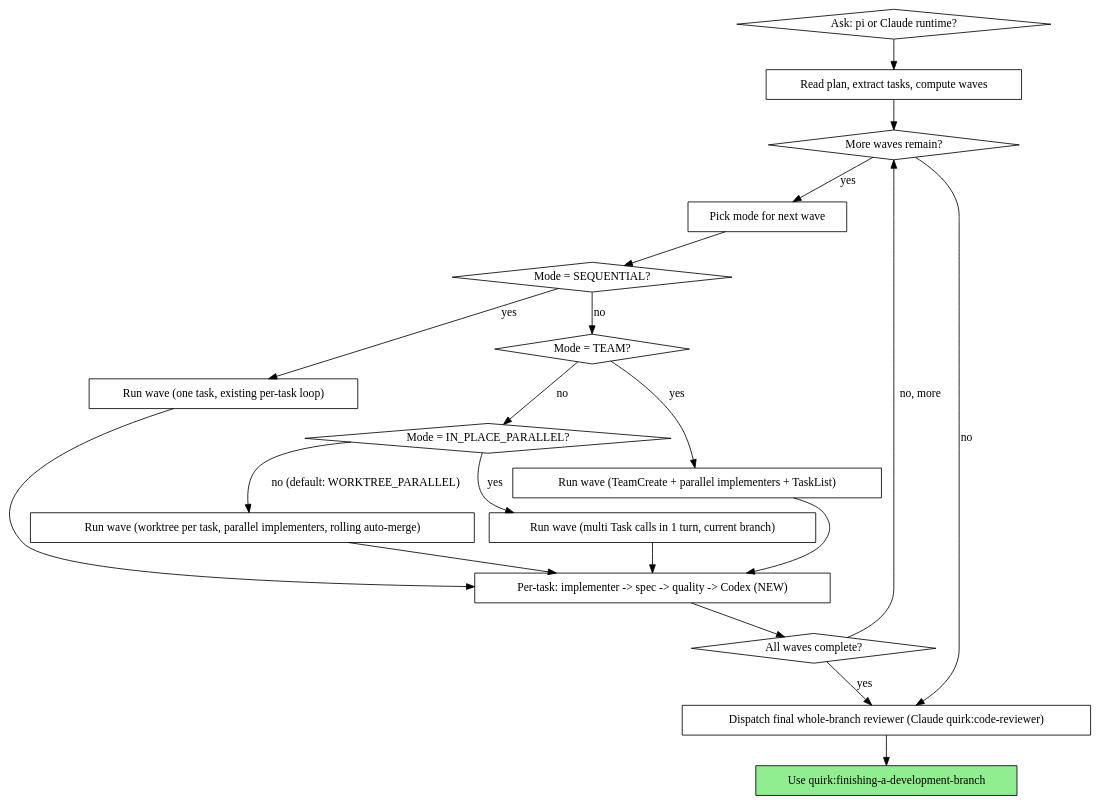
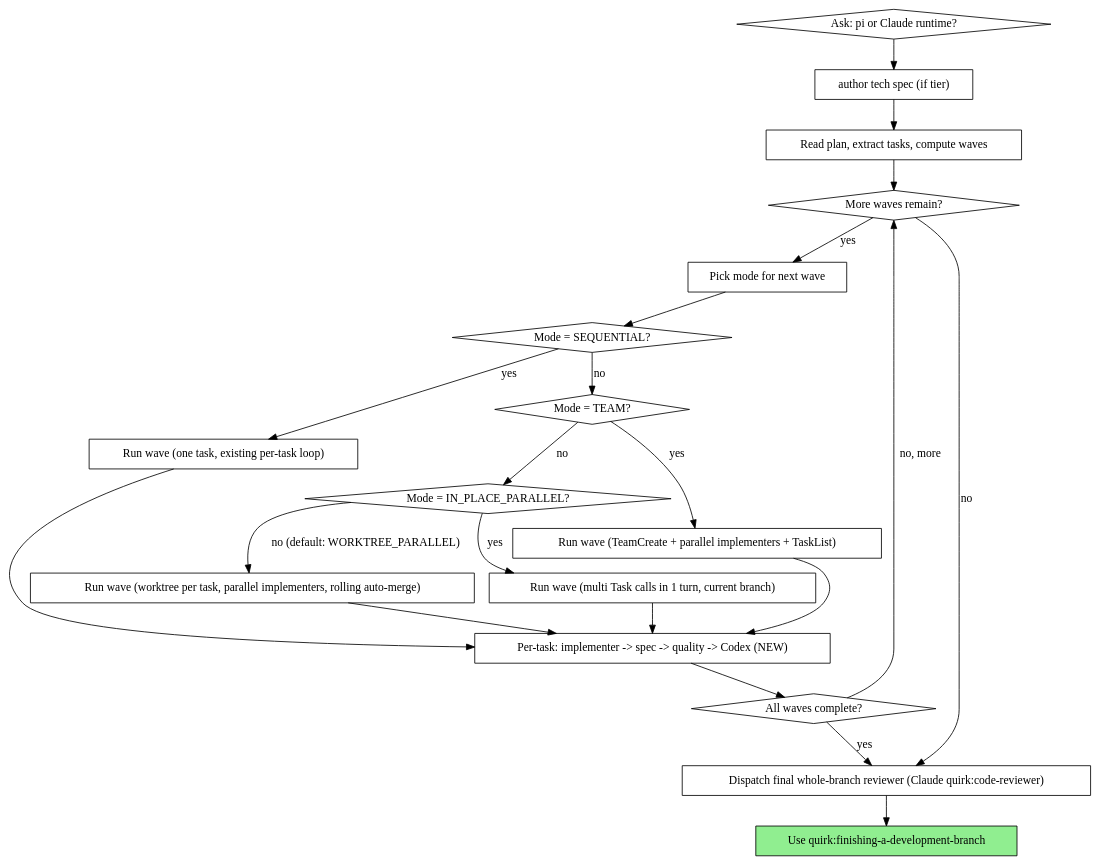
The second of 2 diagrams in skills/subagent-driven-development/SKILL.md (zpyoung/quirk), drawn with Graphviz before and after one commit. The commit also changed other lines of this file and 13 other files, not shown here.

First line of the commit message:
feat(skills): restructure flow into brainstorm → logic spec → tech spec

````diff
--- a/skills/subagent-driven-development/SKILL.md
+++ b/skills/subagent-driven-development/SKILL.md
@@ -77,41 +79,43 @@
 ```dot
 digraph process {
     rankdir=TB;
 
     "Ask: pi or Claude runtime?" [shape=diamond];
+    "author tech spec (if tier)" [shape=box];
     "Read plan, extract tasks, compute waves" [shape=box];
     "More waves remain?" [shape=diamond];
     "Pick mode for next wave" [shape=box];
     "Mode = SEQUENTIAL?" [shape=diamond];
     "Mode = TEAM?" [shape=diamond];
     "Mode = IN_PLACE_PARALLEL?" [shape=diamond];
     "Run wave (one task, existing per-task loop)" [shape=box];
     "Run wave (TeamCreate + parallel implementers + TaskList)" [shape=box];
     "Run wave (multi Task calls in 1 turn, current branch)" [shape=box];
     "Run wave (worktree per task, parallel implementers, rolling auto-merge)" [shape=box];
     "Per-task: implementer -> spec -> quality -> Codex (NEW)" [shape=box];
     "All waves complete?" [shape=diamond];
     "Dispatch final whole-branch reviewer (Claude quirk:code-reviewer)" [shape=box];
     "Use quirk:finishing-a-development-branch" [shape=box style=filled fillcolor=lightgreen];
 
-    "Ask: pi or Claude runtime?" -> "Read plan, extract tasks, compute waves";
+    "Ask: pi or Claude runtime?" -> "author tech spec (if tier)";
+    "author tech spec (if tier)" -> "Read plan, extract tasks, compute waves";
     "Read plan, extract tasks, compute waves" -> "More waves remain?";
     "More waves remain?" -> "Pick mode for next wave" [label="yes"];
     "More waves remain?" -> "Dispatch final whole-branch reviewer (Claude quirk:code-reviewer)" [label="no"];
     "Pick mode for next wave" -> "Mode = SEQUENTIAL?";
     "Mode = SEQUENTIAL?" -> "Run wave (one task, existing per-task loop)" [label="yes"];
     "Mode = SEQUENTIAL?" -> "Mode = TEAM?" [label="no"];
     "Mode = TEAM?" -> "Run wave (TeamCreate + parallel implementers + TaskList)" [label="yes"];
     "Mode = TEAM?" -> "Mode = IN_PLACE_PARALLEL?" [label="no"];
     "Mode = IN_PLACE_PARALLEL?" -> "Run wave (multi Task calls in 1 turn, current branch)" [label="yes"];
     "Mode = IN_PLACE_PARALLEL?" -> "Run wave (worktree per task, parallel implementers, rolling auto-merge)" [label="no (default: WORKTREE_PARALLEL)"];
     "Run wave (one task, existing per-task loop)" -> "Per-task: implementer -> spec -> quality -> Codex (NEW)";
     "Run wave (TeamCreate + parallel implementers + TaskList)" -> "Per-task: implementer -> spec -> quality -> Codex (NEW)";
     "Run wave (multi Task calls in 1 turn, current branch)" -> "Per-task: implementer -> spec -> quality -> Codex (NEW)";
     "Run wave (worktree per task, parallel implementers, rolling auto-merge)" -> "Per-task: implementer -> spec -> quality -> Codex (NEW)";
     "Per-task: implementer -> spec -> quality -> Codex (NEW)" -> "All waves complete?";
     "All waves complete?" -> "More waves remain?" [label="no, more"];
     "All waves complete?" -> "Dispatch final whole-branch reviewer (Claude quirk:code-reviewer)" [label="yes"];
     "Dispatch final whole-branch reviewer (Claude quirk:code-reviewer)" -> "Use quirk:finishing-a-development-branch";
 }
 ```
````
